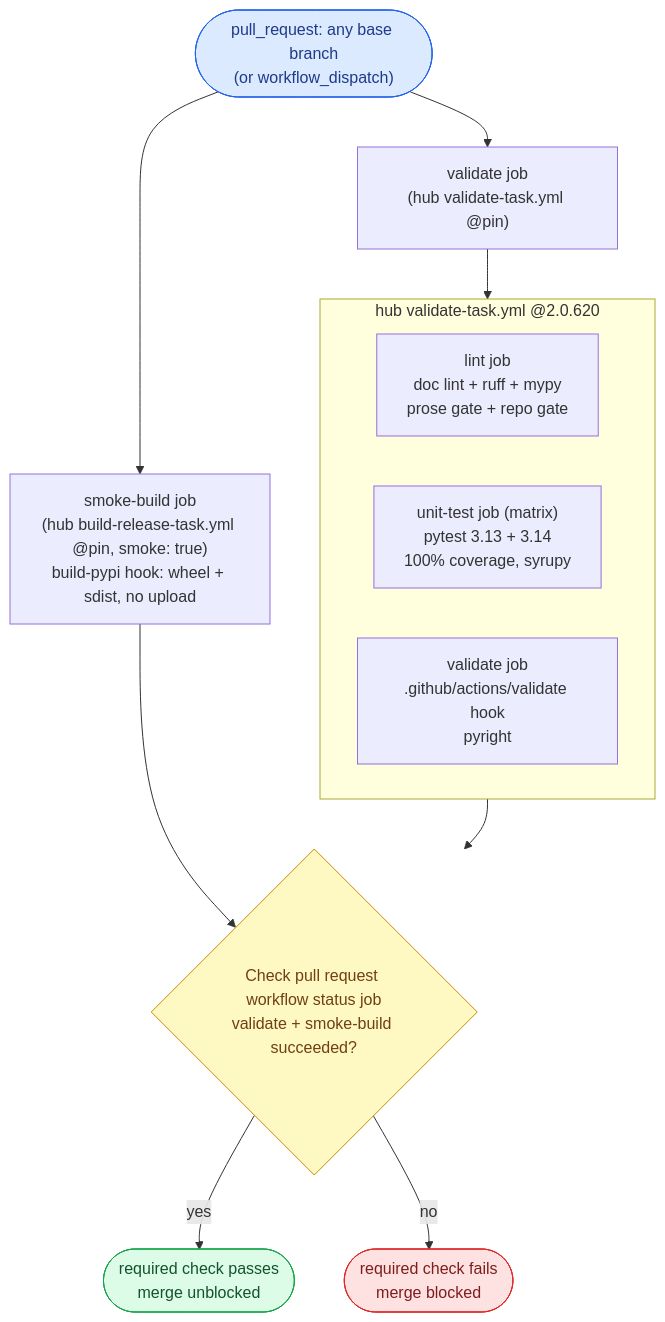
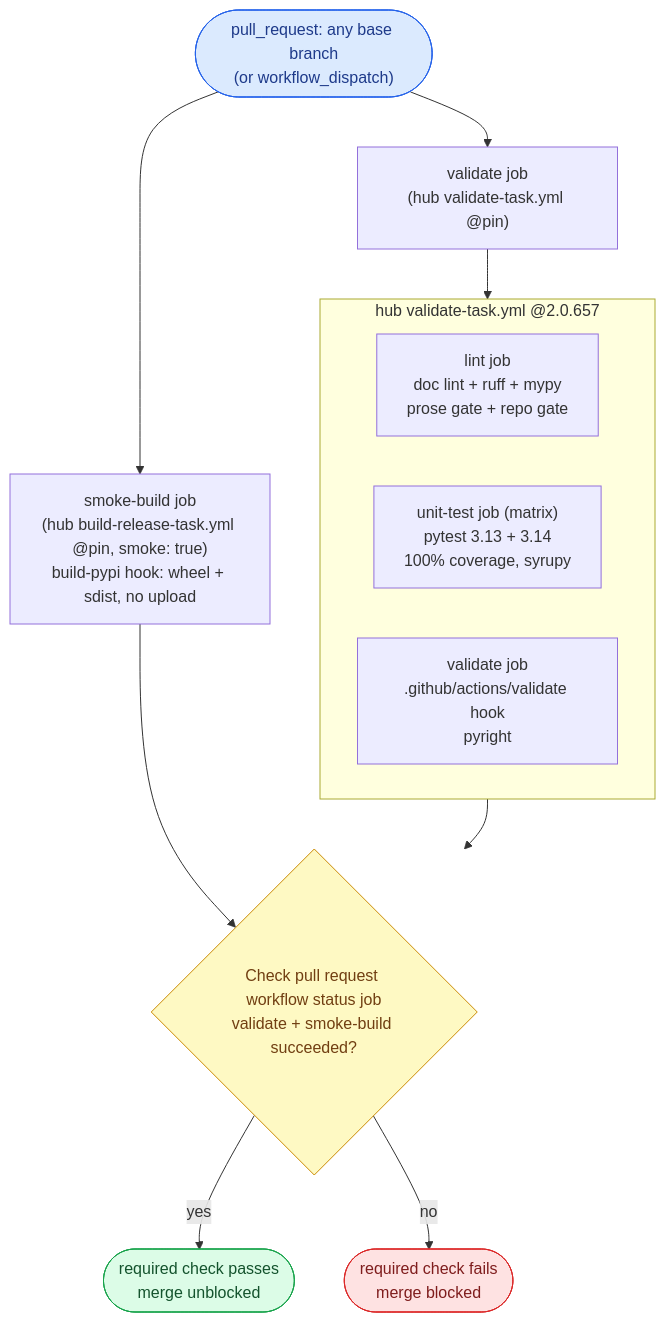
One commit to ptr727/aiopurpleair changed the first of 3 diagrams in WORKFLOW.md. Above: the diagram before and after it, drawn with Mermaid. The commit also changed other lines of this file, not shown here.

First line of the commit message:
Realign WORKFLOW.md D8 numbering with the fleet and refresh hub pins

````diff
--- a/WORKFLOW.md
+++ b/WORKFLOW.md
@@ -112,20 +112,20 @@
 ```mermaid
 flowchart TD
     T(["pull_request: any base branch<br/>(or workflow_dispatch)"]):::trig
     T --> V["validate job<br/>(hub validate-task.yml @pin)"]
     T --> SB["smoke-build job<br/>(hub build-release-task.yml @pin, smoke: true)<br/>build-pypi hook: wheel + sdist, no upload"]
-    subgraph VT ["hub validate-task.yml @2.0.620"]
+    subgraph VT ["hub validate-task.yml @2.0.657"]
         LN["lint job<br/>doc lint + ruff + mypy<br/>prose gate + repo gate"]
         TS["unit-test job (matrix)<br/>pytest 3.13 + 3.14<br/>100% coverage, syrupy"]
         VH["validate job<br/>.github/actions/validate hook<br/>pyright"]
     end
     V --> VT
     VT --> A{"Check pull request workflow status job<br/>validate + smoke-build succeeded?"}:::gate
     SB --> A
     A -- "yes" --> G(["required check passes<br/>merge unblocked"]):::pub
     A -- "no" --> R(["required check fails<br/>merge blocked"]):::stop
     classDef trig fill:#dbeafe,stroke:#2563eb,color:#1e3a8a
     classDef gate fill:#fef9c3,stroke:#ca8a04,color:#713f12
     classDef pub fill:#dcfce7,stroke:#16a34a,color:#14532d
     classDef stop fill:#fee2e2,stroke:#dc2626,color:#7f1d1d
 ```
````
